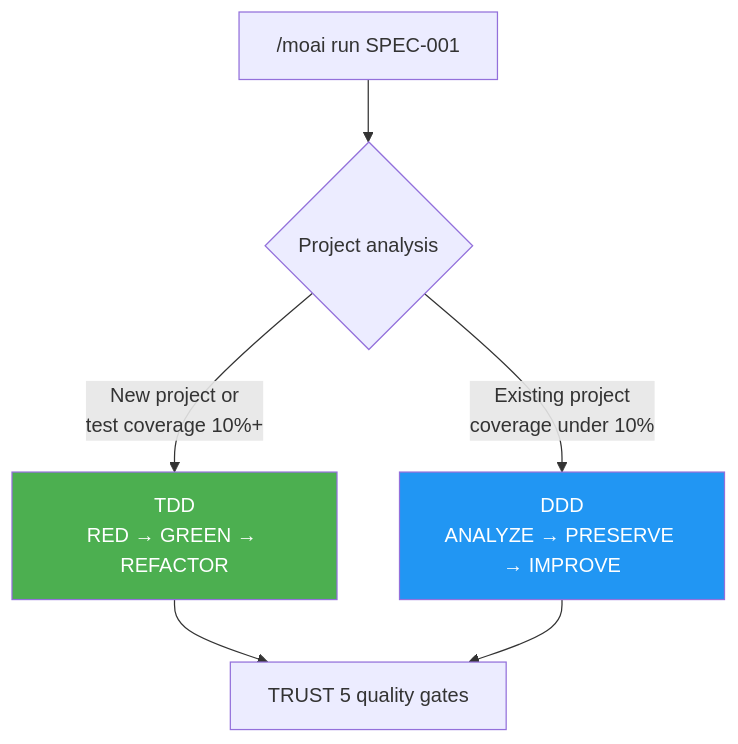
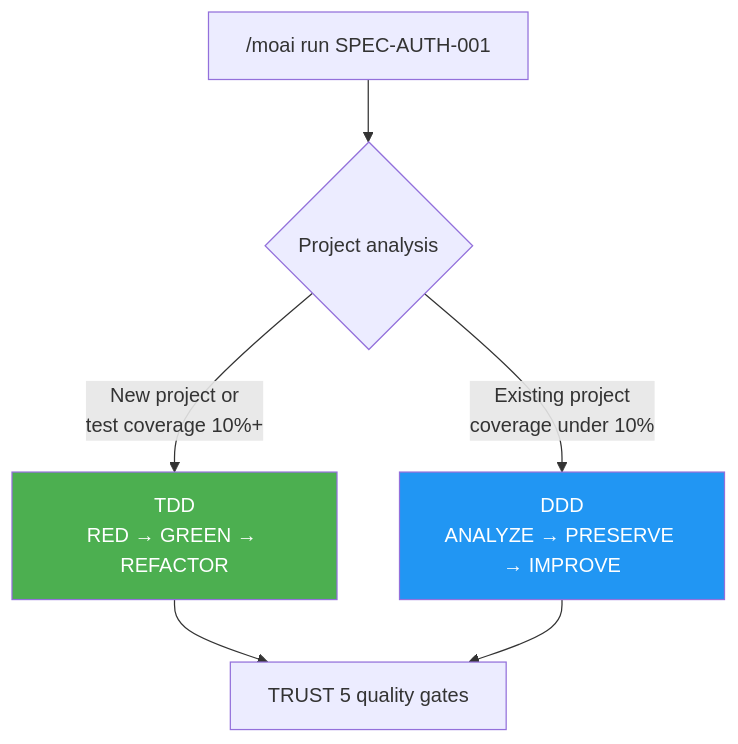
One commit to modu-ai/moai-adk changed the third of 9 diagrams in docs-site/content/en/getting-started/quickstart.md. Above: the diagram before and after it, drawn with Mermaid. The commit also changed other lines of this file and 42 other files, not shown here.

````diff
--- a/docs-site/content/en/getting-started/quickstart.md
+++ b/docs-site/content/en/getting-started/quickstart.md
@@ -122,10 +122,10 @@
 ```mermaid
 flowchart TD
-    A["/moai run SPEC-001"] --> B{"Project analysis"}
+    A["/moai run SPEC-AUTH-001"] --> B{"Project analysis"}
     B -->|"New project or<br/>test coverage 10%+"| C["TDD<br/>RED → GREEN → REFACTOR"]
     B -->|"Existing project<br/>coverage under 10%"| D["DDD<br/>ANALYZE → PRESERVE → IMPROVE"]
     C --> E["TRUST 5 quality gates"]
     D --> E
     style C fill:#4CAF50,color:#fff
     style D fill:#2196F3,color:#fff
 ```
````
